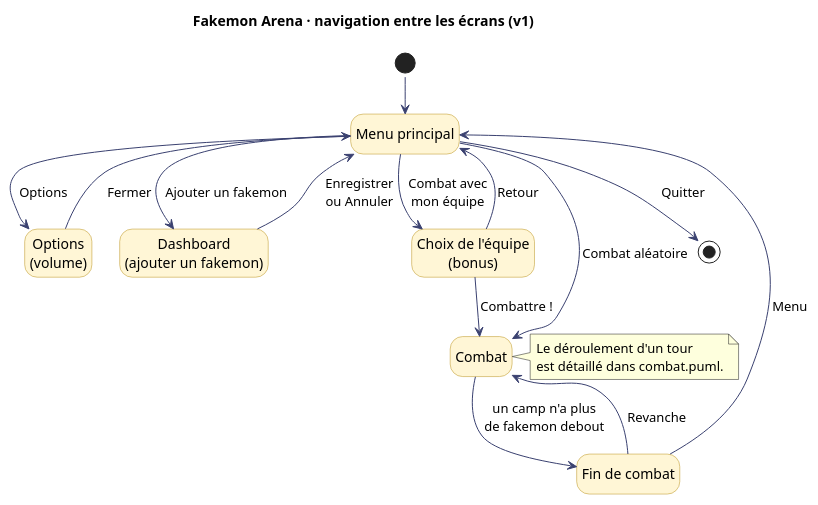
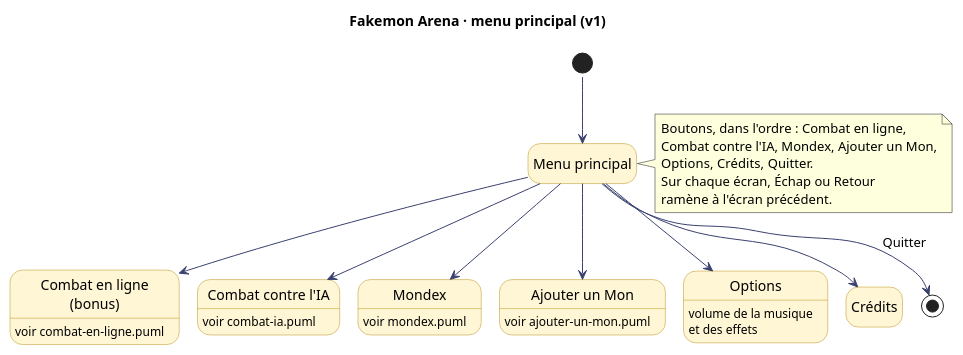
Before and after one commit to OnerAliCan/fakemon-arena: the diagram in docs/uml/navigation.puml, drawn with PlantUML. The commit also changed 26 other files, not shown here.

First line of the commit message:
docs: navigation et cas d'utilisation, un diagramme par partie (#2, #3, #5)

```diff
--- a/docs/uml/navigation.puml
+++ b/docs/uml/navigation.puml
@@ -1,37 +1,36 @@
 @startuml navigation
 !pragma layout smetana
-title Fakemon Arena · navigation entre les écrans (v1)
+title Fakemon Arena · menu principal (v1)
 skinparam defaultFontName Segoe UI
 skinparam state {
   BackgroundColor #FFF6D6
   BorderColor #B8901A
   ArrowColor #3A4170
 }
 hide empty description
 
 state "Menu principal" as Menu
-state "Options\n(volume)" as Options
-state "Dashboard\n(ajouter un fakemon)" as Dashboard
-state "Choix de l'équipe\n(bonus)" as ChoixEquipe
-state "Combat" as Combat
-state "Fin de combat" as Fin
+state "Combat en ligne\n(bonus)" as Ligne : voir combat-en-ligne.puml
+state "Combat contre l'IA" as IA : voir combat-ia.puml
+state "Mondex" as Mondex : voir mondex.puml
+state "Ajouter un Mon" as Ajouter : voir ajouter-un-mon.puml
+state "Options" as Options : volume de la musique\net des effets
+state "Crédits" as Credits
 
 [*] --> Menu
-Menu --> Options : Options
-Options --> Menu : Fermer
-Menu --> Dashboard : Ajouter un fakemon
-Dashboard --> Menu : Enregistrer\nou Annuler
-Menu --> ChoixEquipe : Combat avec\nmon équipe
-ChoixEquipe --> Menu : Retour
-ChoixEquipe --> Combat : Combattre !
-Menu --> Combat : Combat aléatoire
-Combat --> Fin : un camp n'a plus\nde fakemon debout
-Fin --> Combat : Revanche
-Fin --> Menu : Menu
+Menu --> Ligne
+Menu --> IA
+Menu --> Mondex
+Menu --> Ajouter
+Menu --> Options
+Menu --> Credits
 Menu --> [*] : Quitter
 
-note right of Combat
-  Le déroulement d'un tour
-  est détaillé dans combat.puml.
+note right of Menu
+  Boutons, dans l'ordre : Combat en ligne,
+  Combat contre l'IA, Mondex, Ajouter un Mon,
+  Options, Crédits, Quitter.
+  Sur chaque écran, Échap ou Retour
+  ramène à l'écran précédent.
 end note
 @enduml
```
